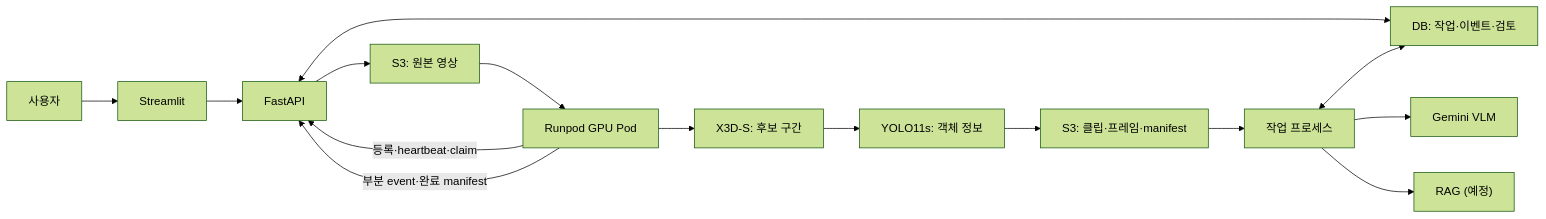
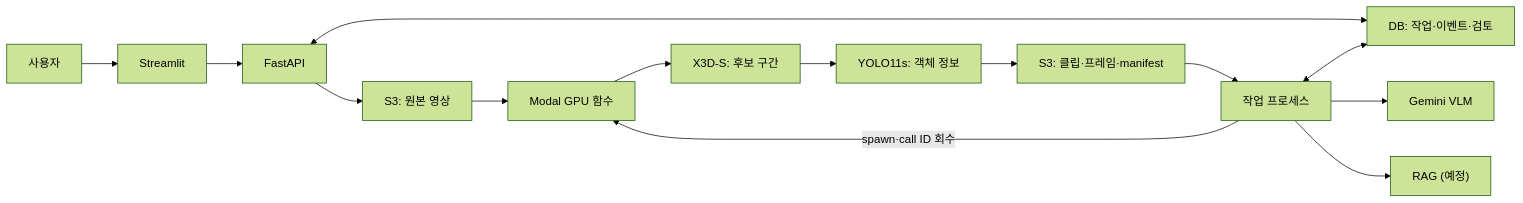
The diagram in README.md (boramsam-zo/cctv-accident-detector), drawn with Mermaid (forest theme) before and after one commit. The commit also changed other lines of this file and 9 other files, not shown here.

Commit message:
docs: align project guides with Modal and EC2 flow

````diff
--- a/README.md
+++ b/README.md
@@ -37,17 +37,16 @@
 ```mermaid
 flowchart LR
     user["사용자"] --> ui["Streamlit"]
     ui --> api["FastAPI"]
     api --> s3in["S3: 원본 영상"]
     api <--> db["DB: 작업·이벤트·검토"]
-    s3in --> pod["Runpod GPU Pod"]
-    pod -->|"등록·heartbeat·claim"| api
-    pod --> x3d["X3D-S: 후보 구간"]
+    worker["작업 프로세스"] -->|"spawn·call ID 회수"| modal["Modal GPU 함수"]
+    s3in --> modal
+    modal --> x3d["X3D-S: 후보 구간"]
     x3d --> yolo["YOLO11s: 객체 정보"]
     yolo --> s3out["S3: 클립·프레임·manifest"]
-    pod -->|"부분 event·완료 manifest"| api
     worker["작업 프로세스"] <--> db
     s3out --> worker
     worker --> vlm["Gemini VLM"]
     worker --> rag["RAG (예정)"]
 ```
````
